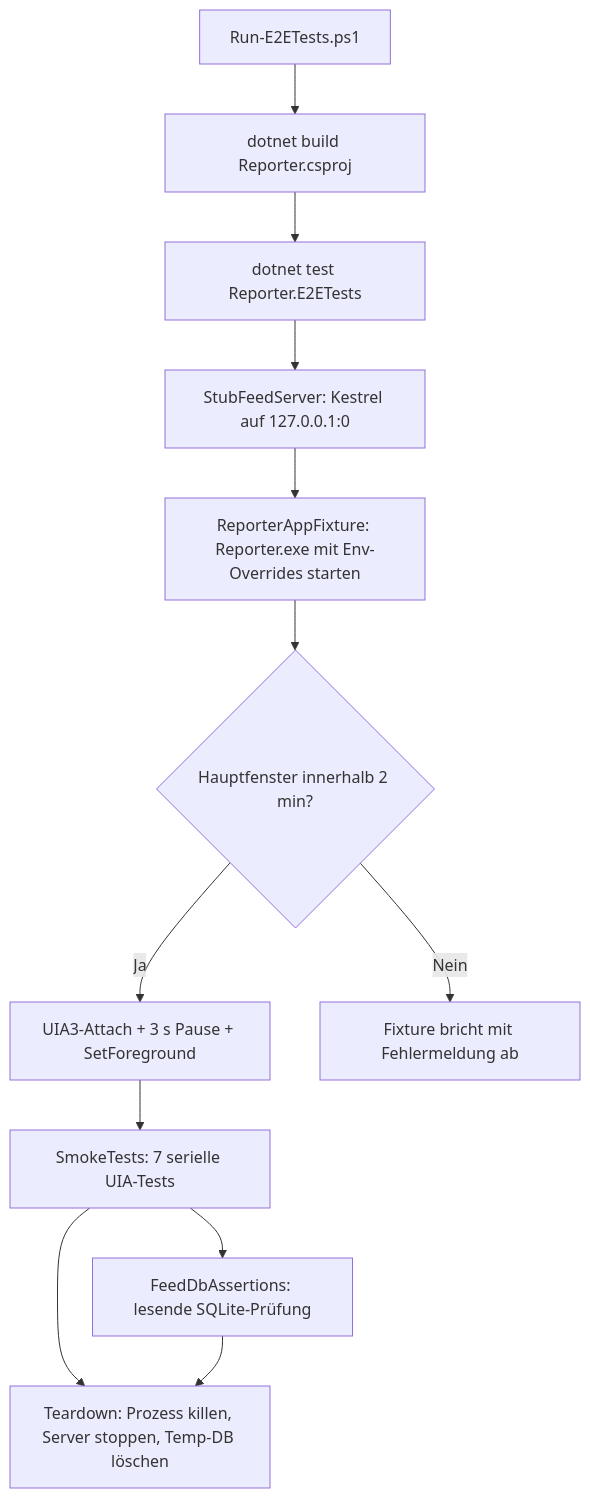
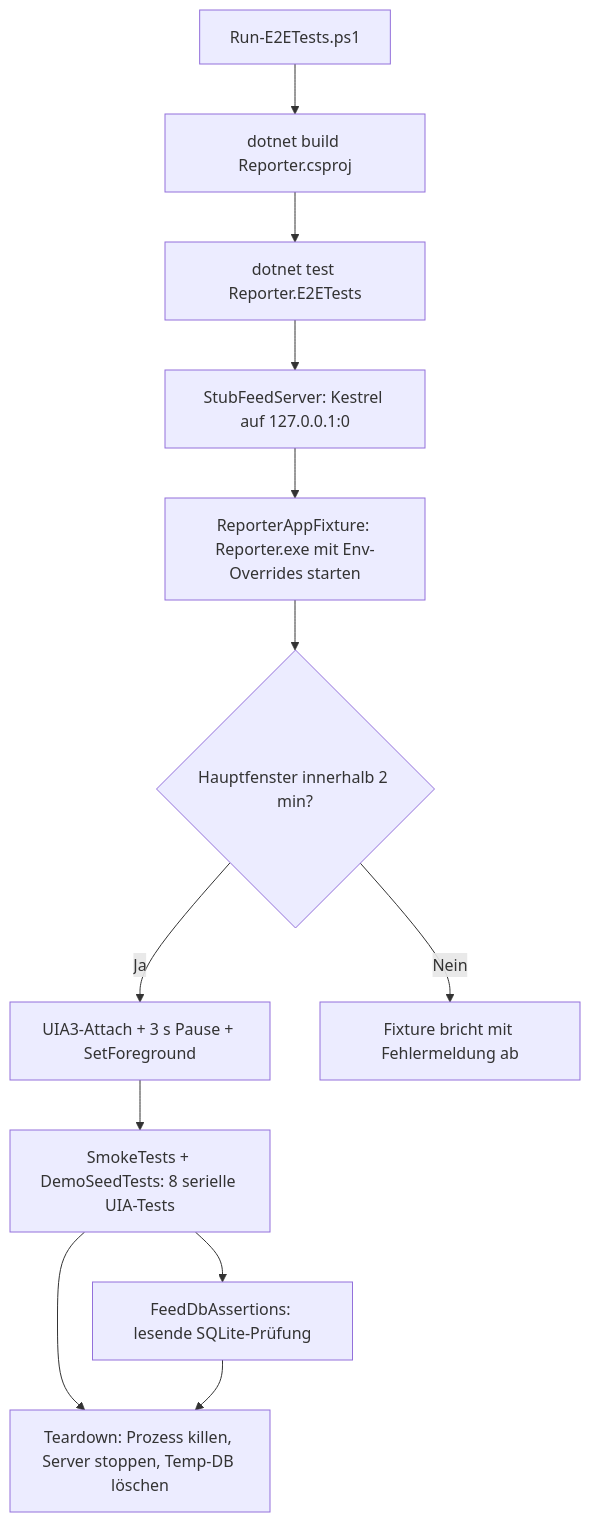
The diagram in docs/help/tests/ablauf-technisch.md (martin-stromberg/Reporter), drawn with Mermaid before and after one commit. The commit also changed other lines of this file and 37 other files, not shown here.

````diff
--- a/docs/help/tests/ablauf-technisch.md
+++ b/docs/help/tests/ablauf-technisch.md
@@ -66,14 +68,14 @@
 ```mermaid
 flowchart TD
     A[Run-E2ETests.ps1] --> B[dotnet build Reporter.csproj]
     B --> C[dotnet test Reporter.E2ETests]
     C --> D[StubFeedServer: Kestrel auf 127.0.0.1:0]
     D --> E[ReporterAppFixture: Reporter.exe mit Env-Overrides starten]
     E --> F{Hauptfenster innerhalb 2 min?}
     F -- Ja --> G[UIA3-Attach + 3 s Pause + SetForeground]
     F -- Nein --> H[Fixture bricht mit Fehlermeldung ab]
-    G --> I[SmokeTests: 7 serielle UIA-Tests]
+    G --> I[SmokeTests + DemoSeedTests: 8 serielle UIA-Tests]
     I --> J[FeedDbAssertions: lesende SQLite-Prüfung]
     I --> K[Teardown: Prozess killen, Server stoppen, Temp-DB löschen]
     J --> K
 ```
````
